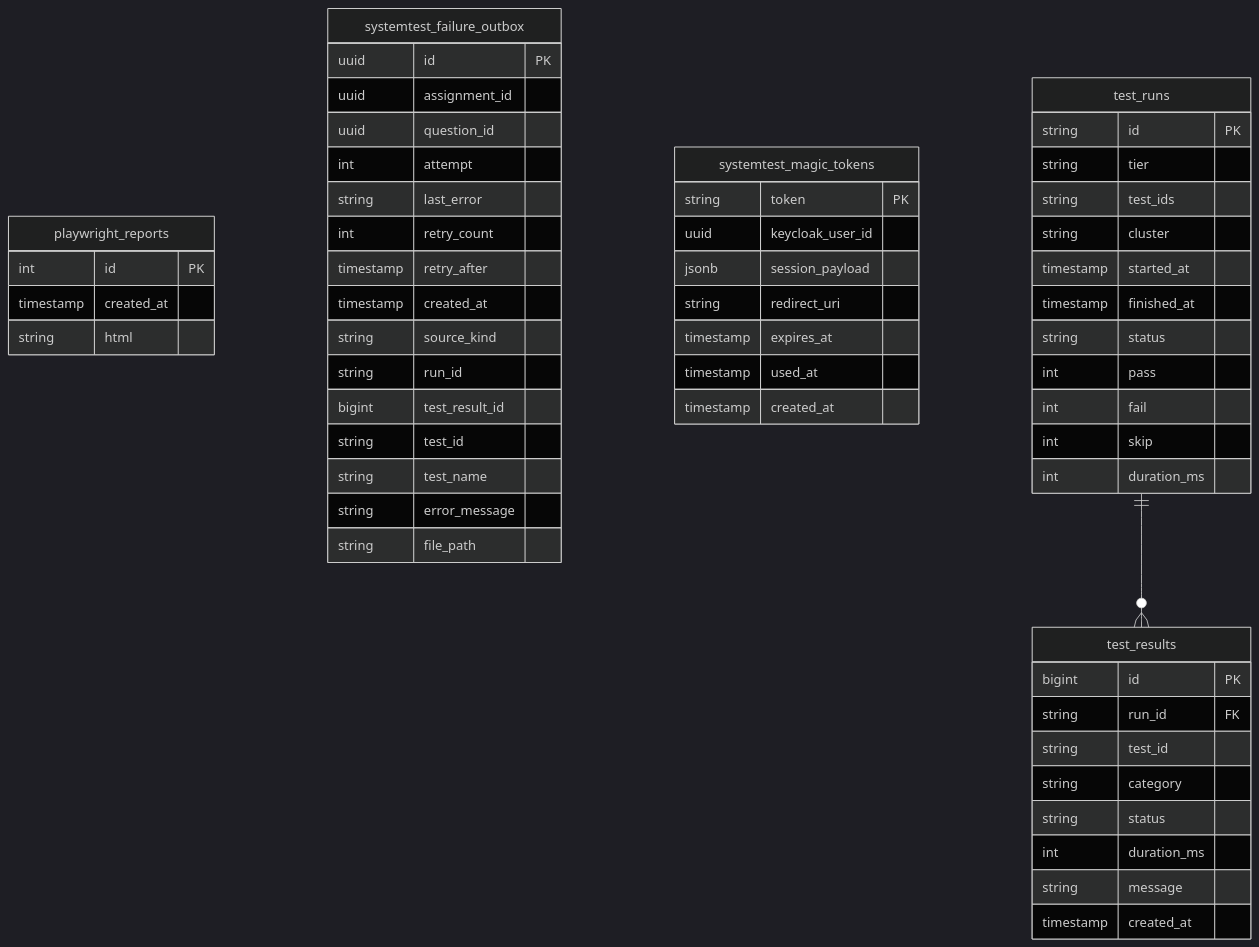
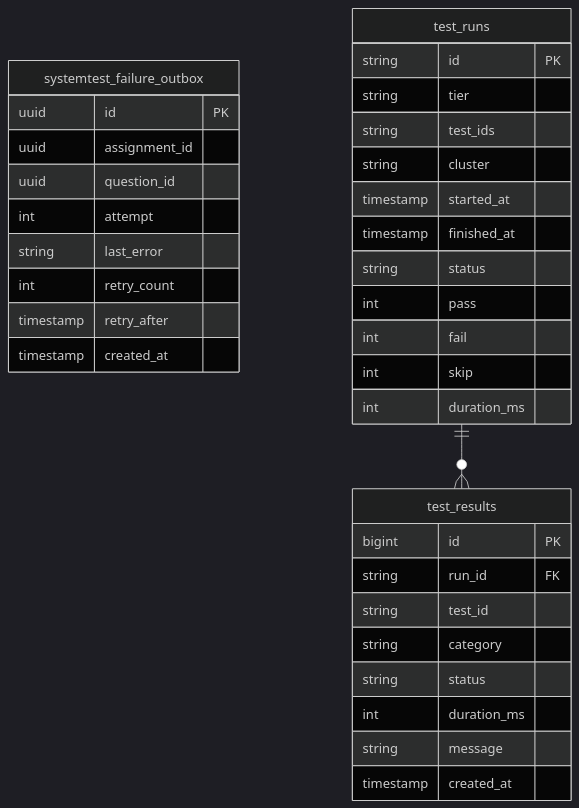
The sixth of 8 diagrams in docs/db-schema-diagram.md (Paddione/Bachelorprojekt), drawn with Mermaid (dark theme) before and after one commit. The commit also changed other lines of this file and 2 other files, not shown here.

````diff
--- a/docs/db-schema-diagram.md
+++ b/docs/db-schema-diagram.md
@@ -833,58 +683,37 @@
 ```mermaid
 erDiagram
-  playwright_reports {
-    int id PK
-    timestamp created_at
-    string html
-  }
   systemtest_failure_outbox {
     uuid id PK
     uuid assignment_id
     uuid question_id
     int attempt
     string last_error
     int retry_count
     timestamp retry_after
-    timestamp created_at
-    string source_kind
-    string run_id
-    bigint test_result_id
-    string test_id
-    string test_name
-    string error_message
-    string file_path
-  }
-  systemtest_magic_tokens {
-    string token PK
-    uuid keycloak_user_id
-    jsonb session_payload
-    string redirect_uri
-    timestamp expires_at
-    timestamp used_at
     timestamp created_at
   }
   test_results {
     bigint id PK
     string run_id FK
     string test_id
     string category
     string status
     int duration_ms
     string message
     timestamp created_at
   }
   test_runs {
     string id PK
     string tier
     string test_ids
     string cluster
     timestamp started_at
     timestamp finished_at
     string status
     int pass
     int fail
     int skip
     int duration_ms
   }
   test_runs ||--o{ test_results : ""
 ```
````
